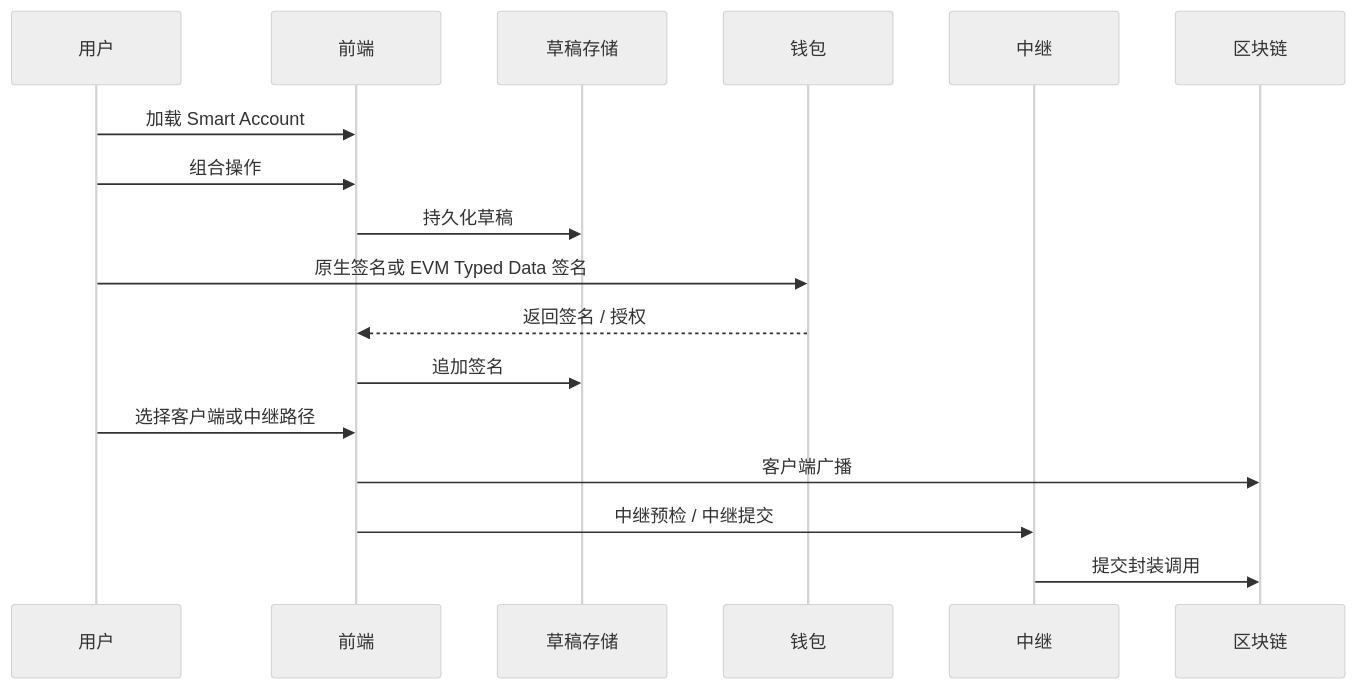
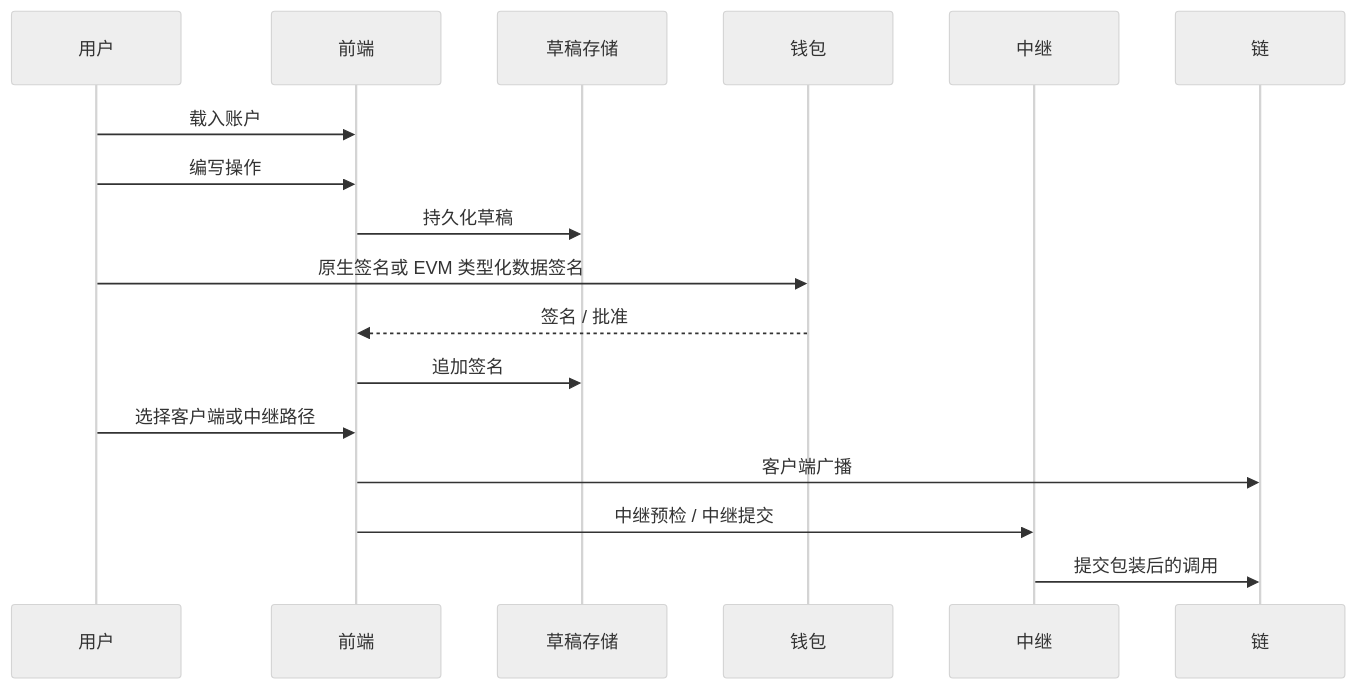
Before and after one commit to r3e-network/neo-os-aa: the second of 2 diagrams in frontend/src/assets/docs/guide.zh.md, drawn with Mermaid (neutral theme). The commit also changed other lines of this file and 148 other files, not shown here.

````diff
--- a/frontend/src/assets/docs/guide.zh.md
+++ b/frontend/src/assets/docs/guide.zh.md
@@ -41,20 +120,20 @@
 ```mermaid
 sequenceDiagram
   participant User as 用户
   participant Frontend as 前端
   participant DraftStore as 草稿存储
   participant Wallet as 钱包
   participant Relay as 中继
-  participant Chain as 区块链
+  participant Chain as 链
 
-  User->>Frontend: 加载 Smart Account
-  User->>Frontend: 组合操作
+  User->>Frontend: 载入账户
+  User->>Frontend: 编写操作
   Frontend->>DraftStore: 持久化草稿
-  User->>Wallet: 原生签名或 EVM Typed Data 签名
-  Wallet-->>Frontend: 返回签名 / 授权
+  User->>Wallet: 原生签名或 EVM 类型化数据签名
+  Wallet-->>Frontend: 签名 / 批准
   Frontend->>DraftStore: 追加签名
   User->>Frontend: 选择客户端或中继路径
   Frontend->>Chain: 客户端广播
   Frontend->>Relay: 中继预检 / 中继提交
-  Relay->>Chain: 提交封装调用
+  Relay->>Chain: 提交包装后的调用
 ```
````
